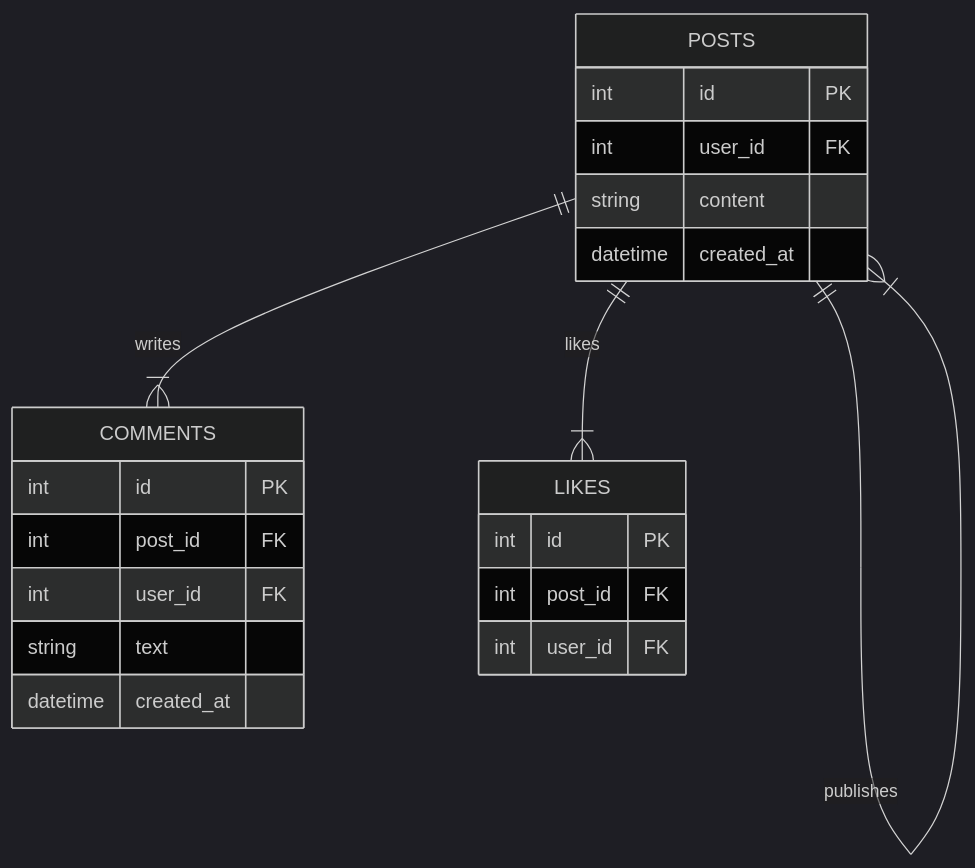
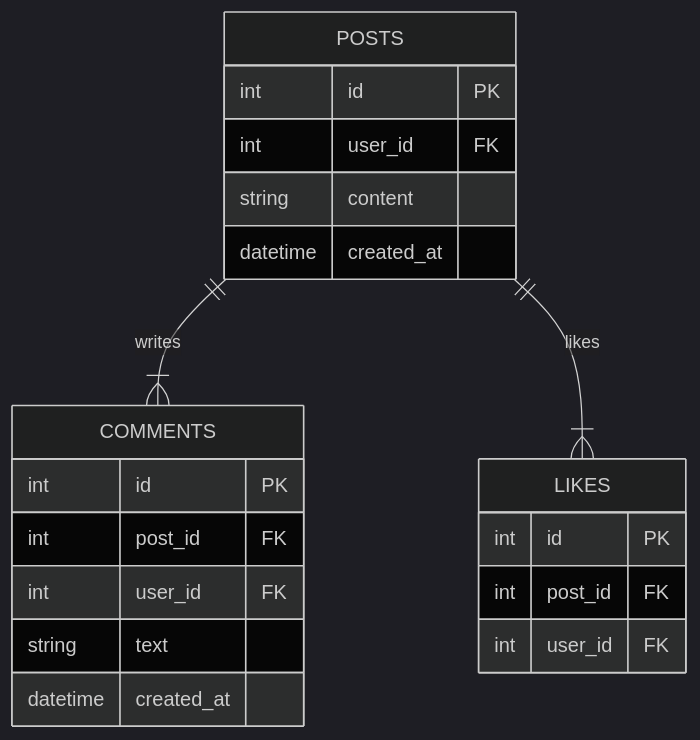
The diagram in docs/users.mmd (melisssadibe/SOA_HW_MD), drawn with Mermaid (dark theme) before and after one commit.

```diff
--- a/docs/users.mmd
+++ b/docs/users.mmd
@@ -1,25 +1,24 @@
 erDiagram
-    POSTS ||--|{ POSTS : publishes
     POSTS ||--|{ COMMENTS : writes
     POSTS ||--|{ LIKES : likes
 
     POSTS {
         int id PK
         int user_id FK
         string content
         datetime created_at
     }
     
     COMMENTS {
         int id PK
         int post_id FK
         int user_id FK
         string text
         datetime created_at
     }
     
     LIKES {
         int id PK
         int post_id FK
         int user_id FK
     }
```
